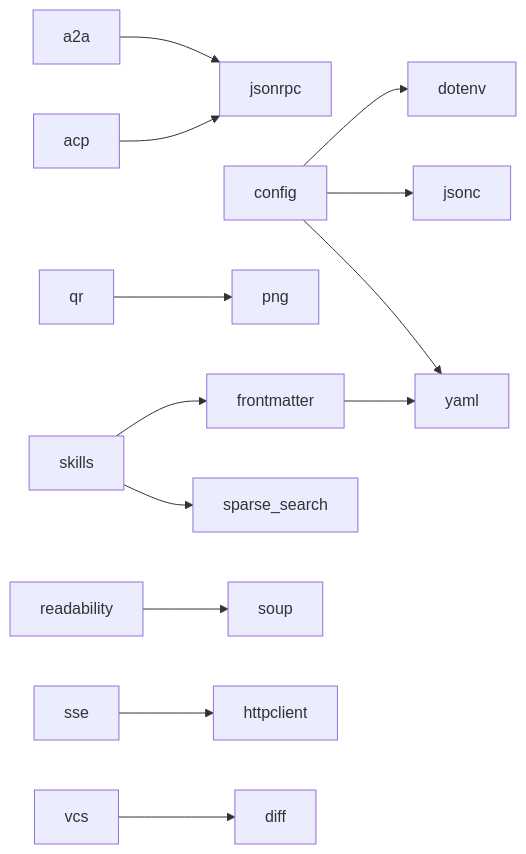
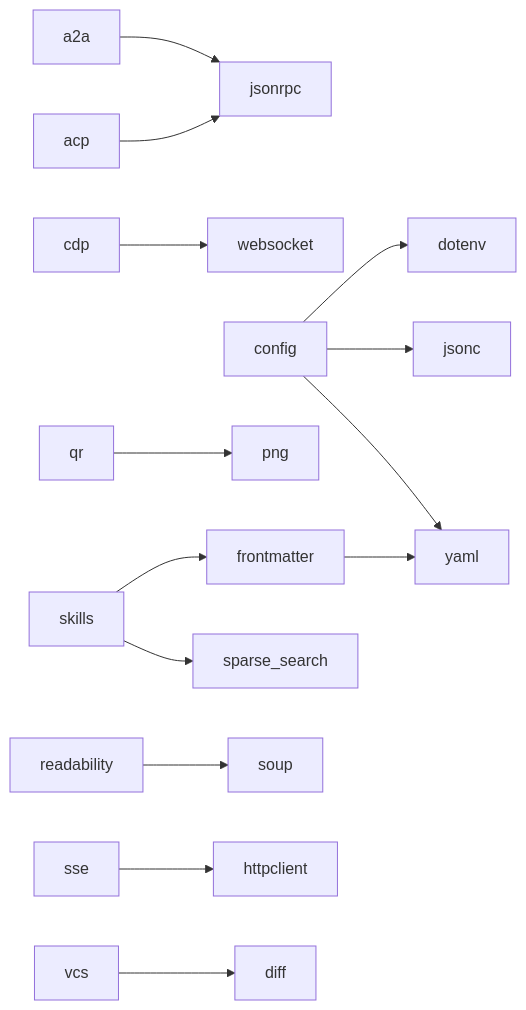
The diagram in docs/modules/index.md (Oaklight/zerodep), drawn with Mermaid before and after one commit. The commit also changed other lines of this file, not shown here.

Commit message:
docs(zh): update module index with websocket and cdp entries

````diff
--- a/docs/modules/index.md
+++ b/docs/modules/index.md
@@ -164,15 +168,16 @@
 ```mermaid
 graph LR
     a2a --> jsonrpc
     acp --> jsonrpc
+    cdp --> websocket
     config --> dotenv
     config --> jsonc
     config --> yaml
     frontmatter --> yaml
     qr --> png
     readability --> soup
     skills --> frontmatter
     skills --> sparse_search
     sse --> httpclient
     vcs --> diff
 ```
````
